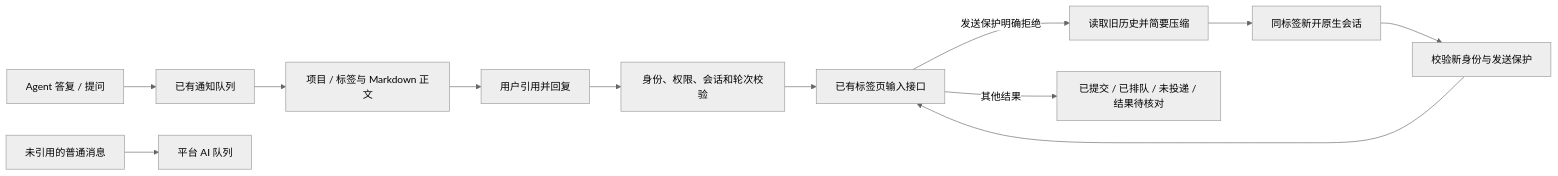
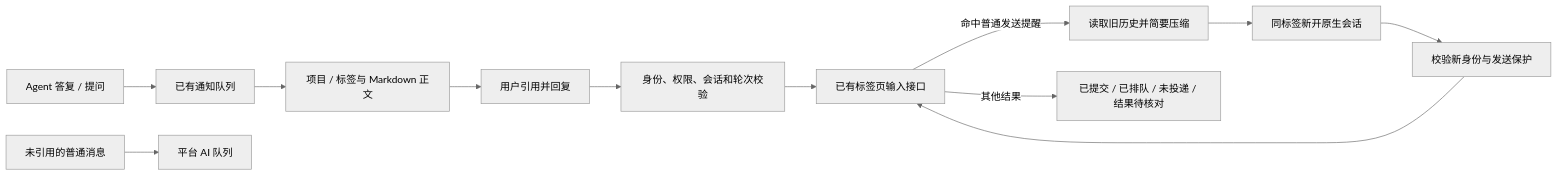
The second of 2 diagrams in docs/wecom-integration.md (Poeagle/agentManager), drawn with Mermaid (neutral theme) before and after one commit. The commit also changed other lines of this file and 27 other files, not shown here.

````diff
--- a/docs/wecom-integration.md
+++ b/docs/wecom-integration.md
@@ -78,14 +78,14 @@
 ```mermaid
 flowchart LR
   N[Agent 答复 / 提问] --> O[已有通知队列]
   O --> B[项目 / 标签与 Markdown 正文]
   B --> Q[用户引用并回复]
   Q --> R[身份、权限、会话和轮次校验]
   R --> I[已有标签页输入接口]
-  I -->|发送保护明确拒绝| H[读取旧历史并简要压缩]
+  I -->|命中普通发送提醒| H[读取旧历史并简要压缩]
   H --> F[同标签新开原生会话]
   F --> C[校验新身份与发送保护]
   C --> I
   I -->|其他结果| A[已提交 / 已排队 / 未投递 / 结果待核对]
   U[未引用的普通消息] --> M[平台 AI 队列]
 ```
````
